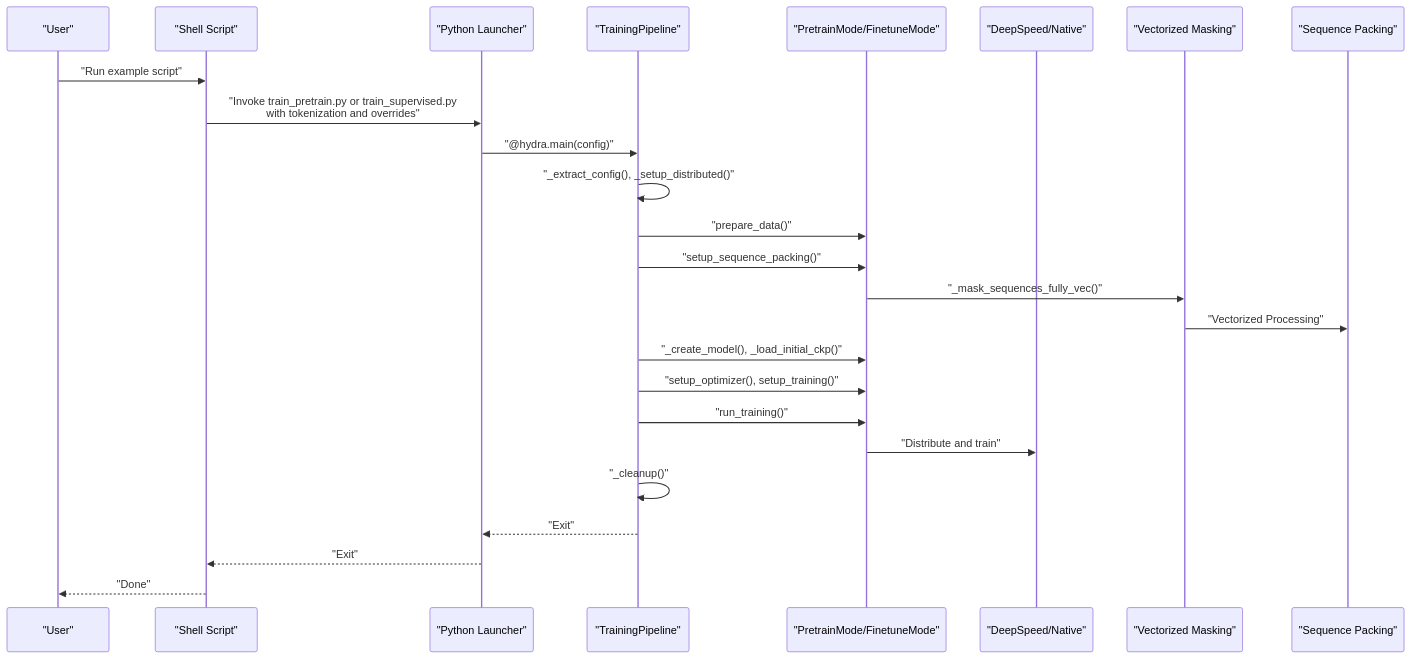
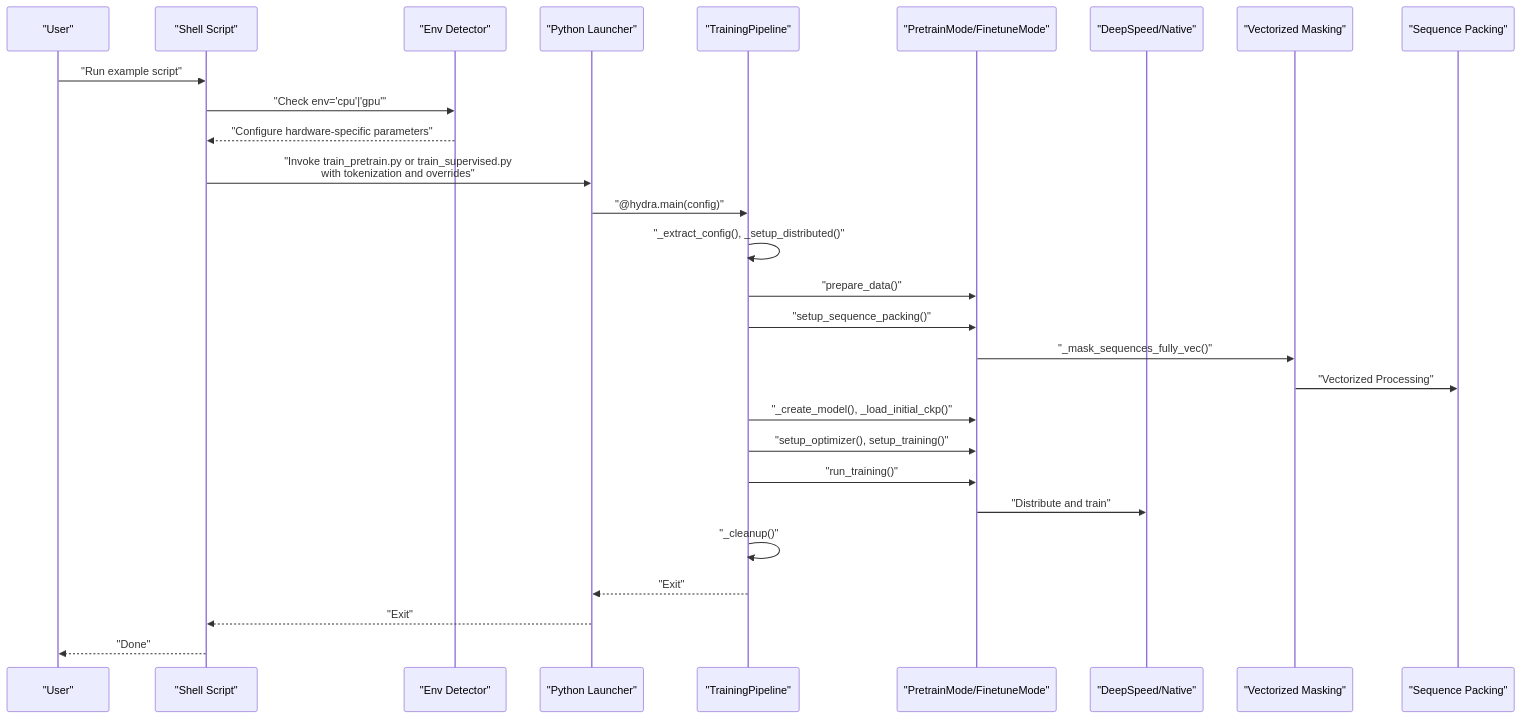
The second of 4 diagrams in .qoder/repowiki/en/content/Example Scripts/Example Scripts.md (alibaba/graph-gpt), drawn with Mermaid before and after one commit. The commit also changed other lines of this file and 7 other files, not shown here.

Commit message:
update graph-lvl bash files

````diff
--- a/.qoder/repowiki/en/content/Example Scripts/Example Scripts.md
+++ b/.qoder/repowiki/en/content/Example Scripts/Example Scripts.md
@@ -165,27 +171,30 @@
 ```mermaid
 sequenceDiagram
 participant User as "User"
 participant Sh as "Shell Script"
+participant Env as "Env Detector"
 participant Py as "Python Launcher"
 participant Pipe as "TrainingPipeline"
 participant Mode as "PretrainMode/FinetuneMode"
 participant DS as "DeepSpeed/Native"
 participant Vec as "Vectorized Masking"
 participant Pack as "Sequence Packing"
 User->>Sh : "Run example script"
+Sh->>Env : "Check env='cpu'|'gpu'"
+Env-->>Sh : "Configure hardware-specific parameters"
 Sh->>Py : "Invoke train_pretrain.py or train_supervised.py<br/>with tokenization and overrides"
 Py->>Pipe : "@hydra.main(config)"
 Pipe->>Pipe : "_extract_config(), _setup_distributed()"
 Pipe->>Mode : "prepare_data()"
 Pipe->>Mode : "setup_sequence_packing()"
 Mode->>Vec : "_mask_sequences_fully_vec()"
 Vec->>Pack : "Vectorized Processing"
 Pipe->>Mode : "_create_model(), _load_initial_ckp()"
 Pipe->>Mode : "setup_optimizer(), setup_training()"
 Pipe->>Mode : "run_training()"
 Mode->>DS : "Distribute and train"
 Pipe->>Pipe : "_cleanup()"
 Pipe-->>Py : "Exit"
 Py-->>Sh : "Exit"
 Sh-->>User : "Done"
 ```
````
